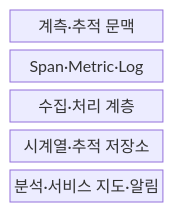
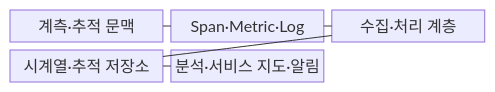
One commit to agnusdei1207/knowledge-base changed the first of 2 diagrams in src/content/docs/notes/06-evaluation/008_apm_application_performance_management.md. Above: the diagram before and after it, drawn with Mermaid. The commit also changed other lines of this file and 53 other files, not shown here.

````diff
--- a/src/content/docs/notes/06-evaluation/008_apm_application_performance_management.md
+++ b/src/content/docs/notes/06-evaluation/008_apm_application_performance_management.md
@@ -54,9 +54,13 @@
 ```mermaid
 block-beta
-  columns 1
+  columns 3
   I["계측·추적 문맥"]
   S["Span·Metric·Log"]
   C["수집·처리 계층"]
   D["시계열·추적 저장소"]
   A["분석·서비스 지도·알림"]
+  I --- S
+  S --- C
+  C --- D
+  D --- A
 ```
````
